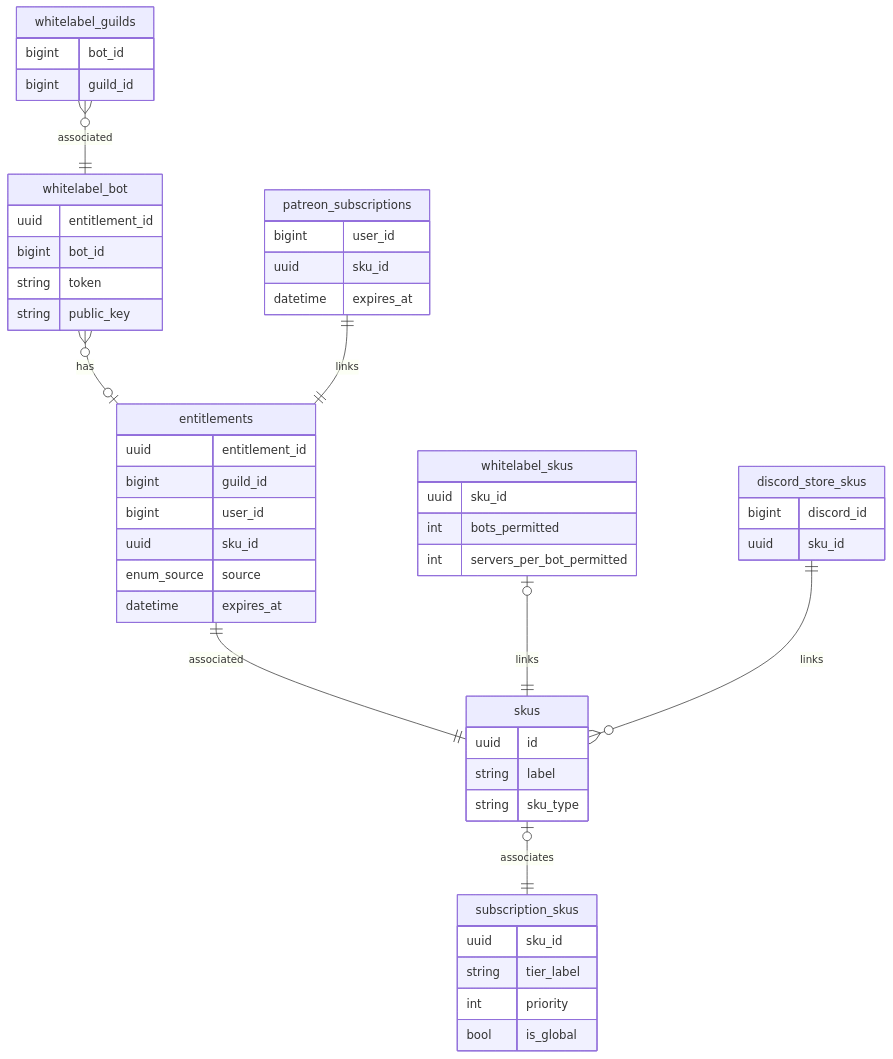
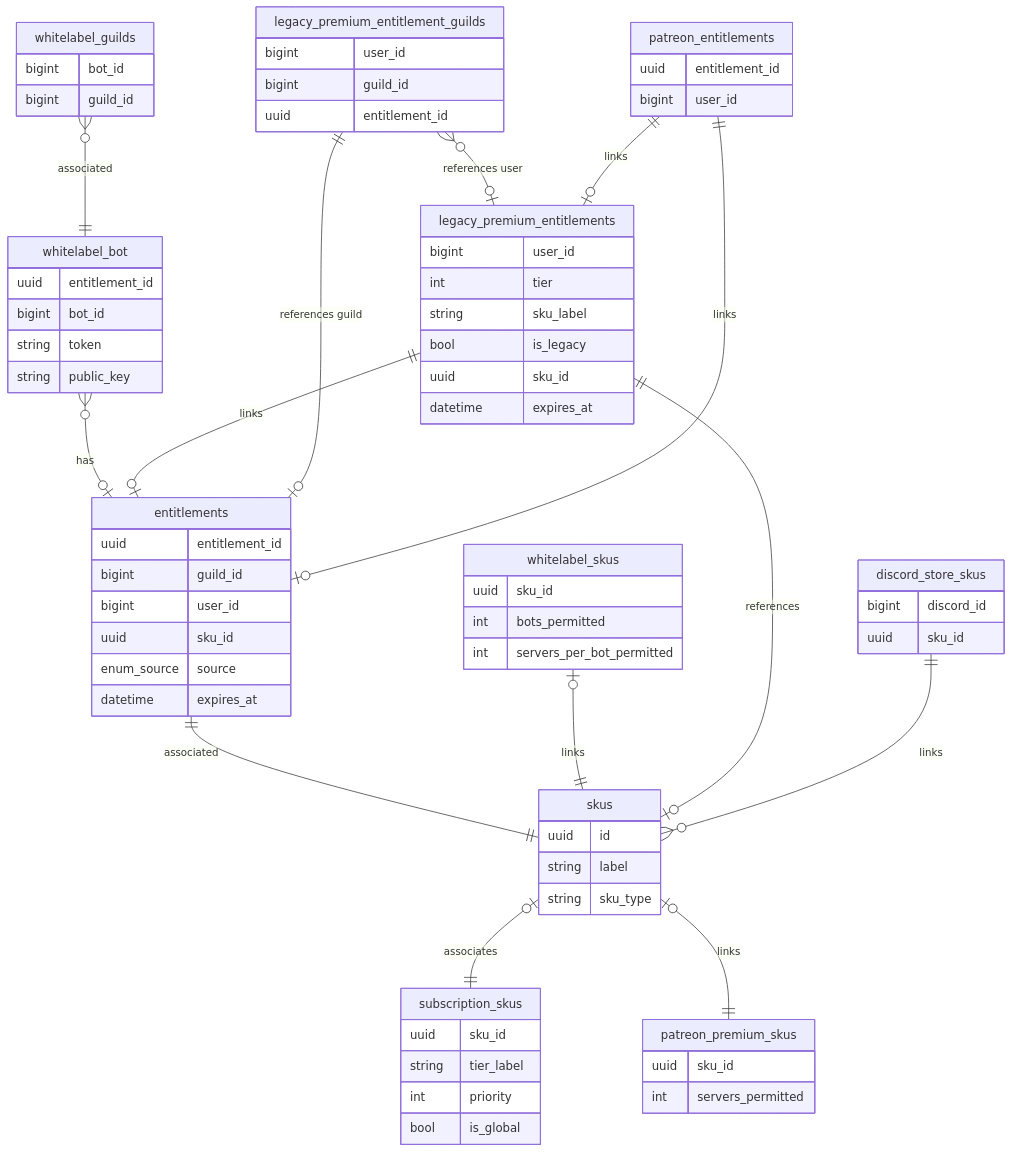
The diagram in uml/entitlements.md (TicketsBot/database), drawn with Mermaid before and after one commit. The commit also changed 19 other files, not shown here.

Commit message:
legacy_premium_entitlement_guilds

````diff
--- a/uml/entitlements.md
+++ b/uml/entitlements.md
@@ -53,13 +53,34 @@
 
     wlskus |o--|| skus : links
 
-    patreon[patreon_subscriptions] {
+    patreon[legacy_premium_entitlements] {
         bigint user_id
+        int tier
+        string sku_label
+        bool is_legacy
         uuid sku_id
         datetime expires_at
     }
 
-    patreon ||--|| ent : links
+    patreon ||--o| ent : links
+    patreon ||--o| skus : references
+
+    patreon_guilds[legacy_premium_entitlement_guilds] {
+        bigint user_id
+        bigint guild_id
+        uuid entitlement_id
+    }
+
+    patreon_guilds ||--o| ent : "references guild"
+    patreon_guilds }o--o| patreon : "references user"
+
+    patreon_entitlements {
+        uuid entitlement_id
+        bigint user_id
+    }
+
+    patreon_entitlements ||--o| ent : links
+    patreon_entitlements ||--o| patreon : links
 
     discord_store_skus {
         bigint discord_id
@@ -67,4 +88,11 @@
     }
 
     discord_store_skus ||--o{ skus : links
+
+    patreon_premium_skus {
+        uuid sku_id
+        int servers_permitted
+    }
+
+    skus |o--|| patreon_premium_skus : links
 ```
````
